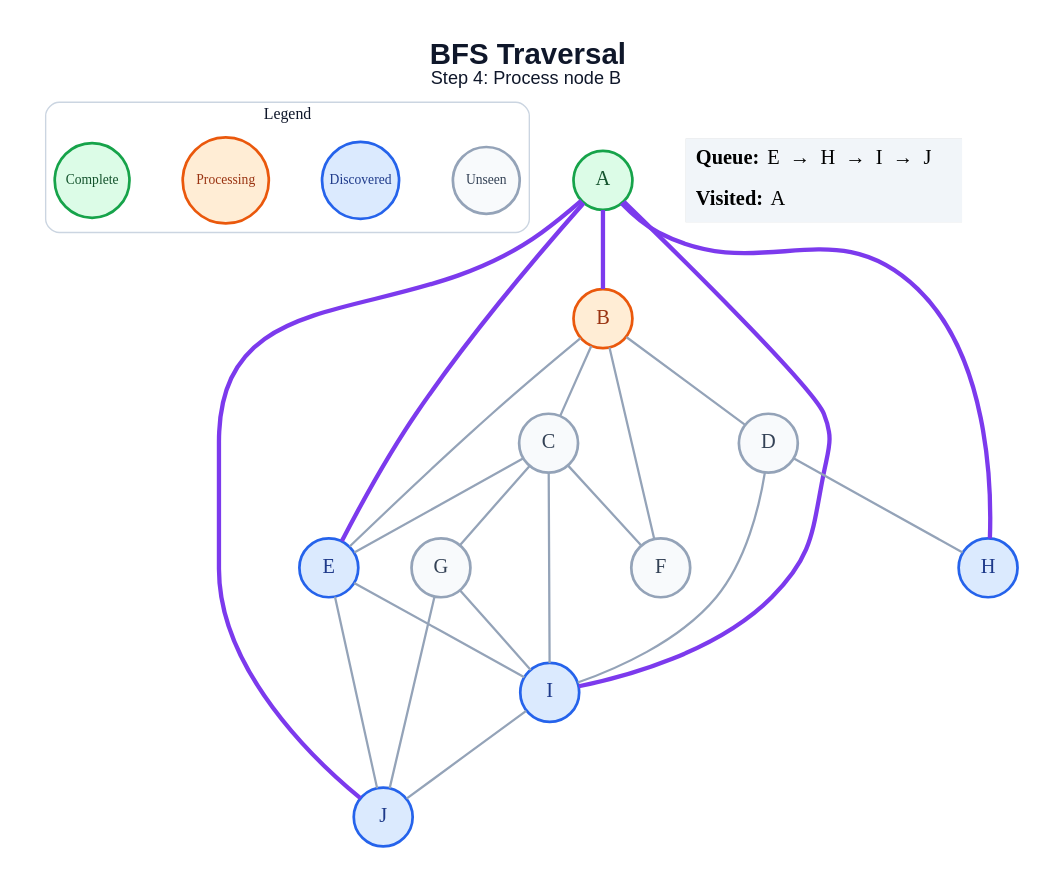
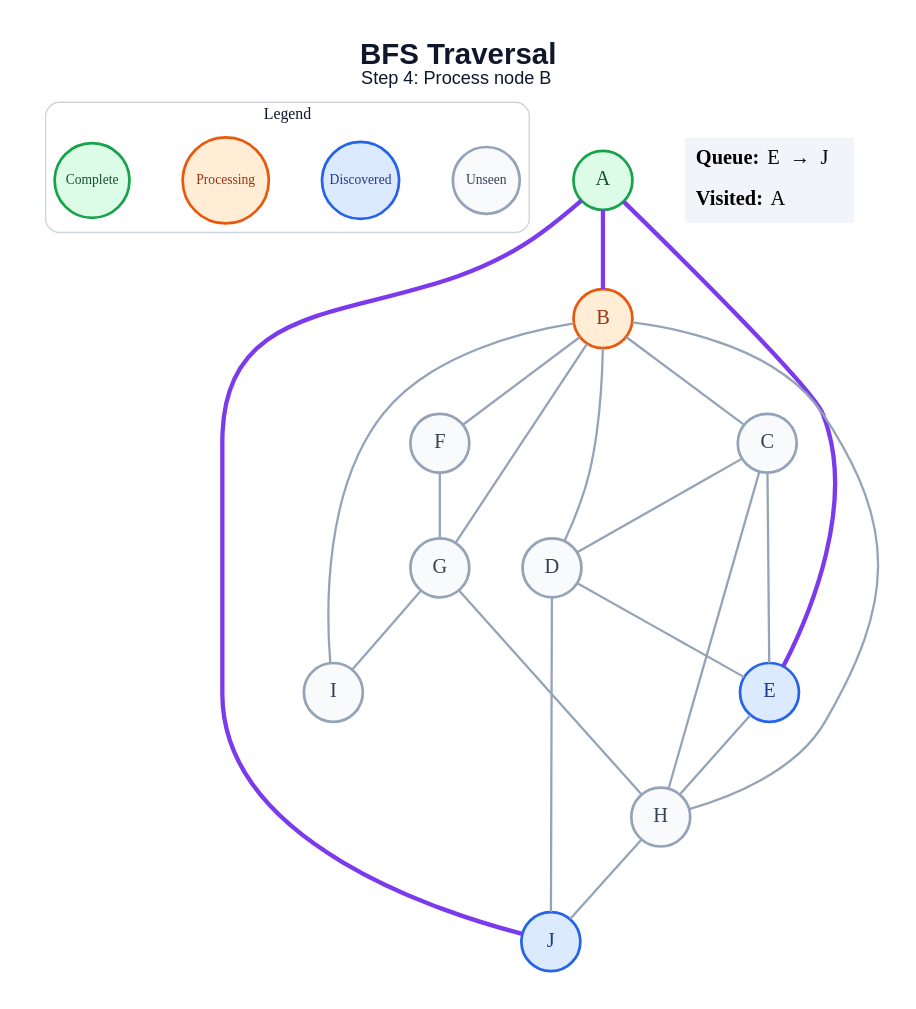
Before and after one commit to anon7238593-create/ai-slop: the diagram in generated/bfs/step_04.dot, drawn with Graphviz. The commit also changed 178 other files, not shown here.

```diff
--- a/generated/bfs/step_04.dot
+++ b/generated/bfs/step_04.dot
@@ -1,49 +1,48 @@
 graph traversal {
   graph [layout=dot, rankdir=TB, bgcolor="#FFFFFF", pad="0.35", nodesep="0.65", ranksep="0.8", fontname="Arial"];
   node [shape=circle, style="filled", fontname="Arial Bold", fontsize=18, width=0.72, fixedsize=true, penwidth=2.4];
   edge [color="#94A3B8", penwidth=2.0];
   label=<<B>BFS Traversal</B><BR/><FONT POINT-SIZE="16">Step 4: Process node B</FONT>>; labelloc="t"; fontsize=26; fontname="Arial"; fontcolor="#0F172A";
   subgraph cluster_legend { label="Legend"; color="#CBD5E1"; penwidth=1.2; style="rounded"; fontsize=14; fontname="Arial Bold";
     key_unseen [label="Unseen", fillcolor="#F8FAFC", color="#94A3B8", fontcolor="#334155", fontsize=12, width=0.82];
     key_frontier [label="Discovered", fillcolor="#DBEAFE", color="#2563EB", fontcolor="#1E3A8A", fontsize=12, width=0.95];
     key_current [label="Processing", fillcolor="#FFEDD5", color="#EA580C", fontcolor="#9A3412", fontsize=12, width=1.05];
     key_done [label="Complete", fillcolor="#DCFCE7", color="#16A34A", fontcolor="#14532D", fontsize=12, width=0.92];
     { rank=same; key_unseen; key_frontier; key_current; key_done; }
   }
   A [fillcolor="#DCFCE7", color="#16A34A", fontcolor="#14532D"];
   B [fillcolor="#FFEDD5", color="#EA580C", fontcolor="#9A3412"];
   C [fillcolor="#F8FAFC", color="#94A3B8", fontcolor="#334155"];
   D [fillcolor="#F8FAFC", color="#94A3B8", fontcolor="#334155"];
   E [fillcolor="#DBEAFE", color="#2563EB", fontcolor="#1E3A8A"];
   F [fillcolor="#F8FAFC", color="#94A3B8", fontcolor="#334155"];
   G [fillcolor="#F8FAFC", color="#94A3B8", fontcolor="#334155"];
-  H [fillcolor="#DBEAFE", color="#2563EB", fontcolor="#1E3A8A"];
-  I [fillcolor="#DBEAFE", color="#2563EB", fontcolor="#1E3A8A"];
+  H [fillcolor="#F8FAFC", color="#94A3B8", fontcolor="#334155"];
+  I [fillcolor="#F8FAFC", color="#94A3B8", fontcolor="#334155"];
   J [fillcolor="#DBEAFE", color="#2563EB", fontcolor="#1E3A8A"];
   A -- B [color="#7C3AED", penwidth=3.8];
   A -- E [color="#7C3AED", penwidth=3.8];
-  A -- H [color="#7C3AED", penwidth=3.8];
-  A -- I [color="#7C3AED", penwidth=3.8];
   A -- J [color="#7C3AED", penwidth=3.8];
   B -- C;
   B -- D;
-  B -- E;
   B -- F;
+  B -- G;
+  B -- H;
+  B -- I;
+  C -- D;
   C -- E;
-  C -- F;
-  C -- G;
-  C -- I;
-  D -- H;
-  D -- I;
-  E -- I;
-  E -- J;
+  C -- H;
+  D -- E;
+  D -- J;
+  E -- H;
+  F -- G;
+  G -- H;
   G -- I;
-  G -- J;
-  I -- J;
+  H -- J;
   status [shape=plain, fixedsize=false, width=0, height=0, margin=0, label=<
     <TABLE BORDER="0" CELLBORDER="0" CELLPADDING="7" BGCOLOR="#F1F5F9">
-      <TR><TD ALIGN="LEFT"><B>Queue:</B> E  →  H  →  I  →  J</TD></TR>
+      <TR><TD ALIGN="LEFT"><B>Queue:</B> E  →  J</TD></TR>
       <TR><TD ALIGN="LEFT"><B>Visited:</B> A</TD></TR>
     </TABLE>
   >];
 }
```
